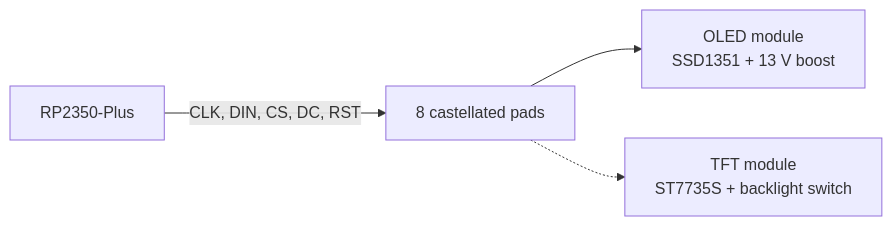
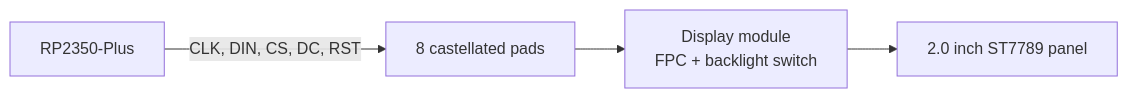
Before and after one commit to chili-chip/vgc-zero-hardware: the diagram in docs/modules/display.md, drawn with Mermaid. The commit also changed other lines of this file, not shown here.

Commit message:
Docs: 2.0" TFT is the only screen from the next board on

````diff
--- a/docs/modules/display.md
+++ b/docs/modules/display.md
@@ -103,6 +117,6 @@
 ```mermaid
 flowchart LR
     MCU[RP2350-Plus] -- "CLK, DIN, CS, DC, RST" --> P[8 castellated pads]
-    P --> O[OLED module<br/>SSD1351 + 13 V boost]
-    P -.-> T[TFT module<br/>ST7735S + backlight switch]
+    P --> T[Display module<br/>FPC + backlight switch]
+    T --> L[2.0 inch ST7789 panel]
 ```
````
